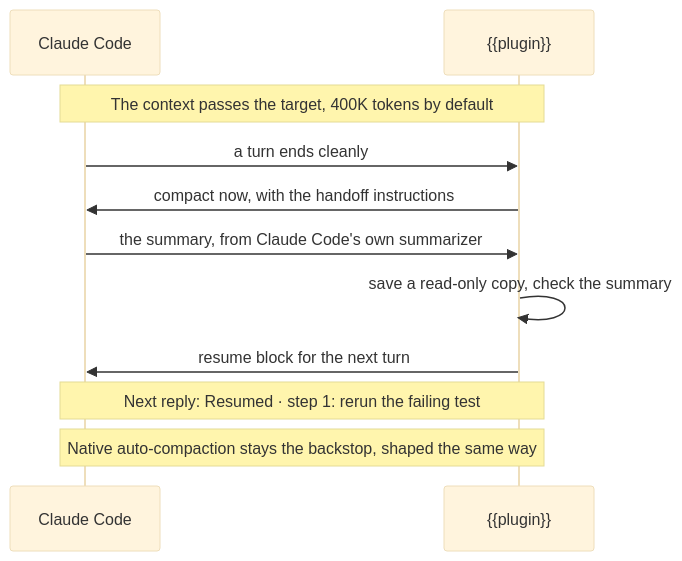
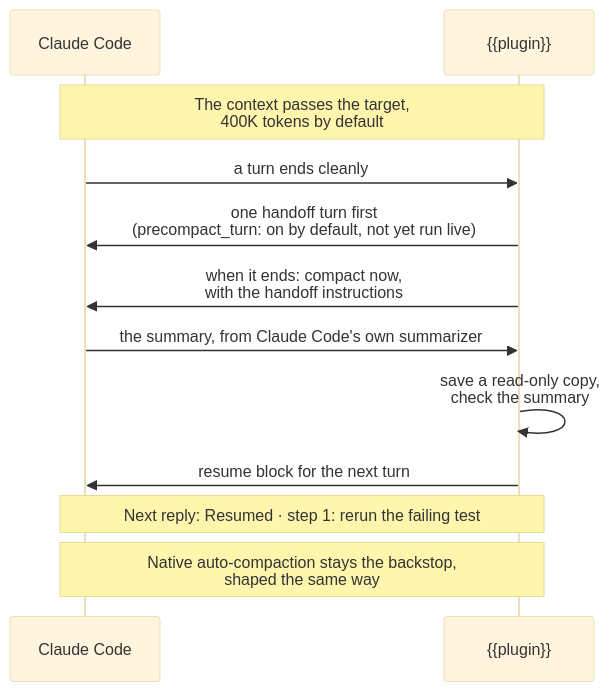
Before and after one commit to RuslanTar/afk-compact: the first of 3 diagrams in src/landing.md, drawn with Mermaid (base theme). The commit also changed other lines of this file and 21 other files, not shown here.

````diff
--- a/src/landing.md
+++ b/src/landing.md
@@ -19,13 +19,14 @@
 ```mermaid
 sequenceDiagram
   participant C as Claude Code
   participant P as {{plugin}}
-  Note over C,P: The context passes the target, 400K tokens by default
+  Note over C,P: The context passes the target,<br/>400K tokens by default
   C->>P: a turn ends cleanly
-  P->>C: compact now, with the handoff instructions
+  P->>C: one handoff turn first<br/>(precompact_turn: on by default, not yet run live)
+  P->>C: when it ends: compact now,<br/>with the handoff instructions
   C->>P: the summary, from Claude Code's own summarizer
-  P->>P: save a read-only copy, check the summary
+  P->>P: save a read-only copy,<br/>check the summary
   P->>C: resume block for the next turn
   Note over C,P: Next reply: Resumed · step 1: rerun the failing test
-  Note over C,P: Native auto-compaction stays the backstop, shaped the same way
+  Note over C,P: Native auto-compaction stays the backstop,<br/>shaped the same way
 ```
````
